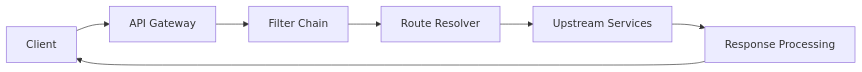
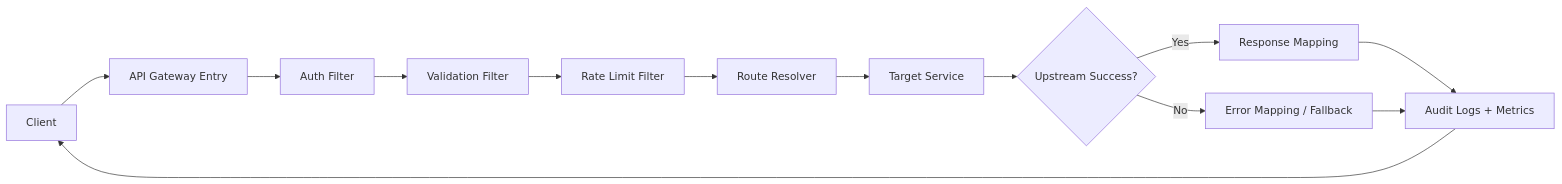
Before and after one commit to DiacencoDumitru/api-gateway-from-scratch: the diagram in README.md, drawn with Mermaid.

Commit message:
docs: strengthen architecture flowchart in readme

````diff
--- a/README.md
+++ b/README.md
@@ -22,9 +22,15 @@
 ```mermaid
 flowchart LR
-    Client["Client"] --> Gateway["API Gateway"]
-    Gateway --> Filters["Filter Chain"]
-    Filters --> RouteResolver["Route Resolver"]
-    RouteResolver --> Upstream["Upstream Services"]
-    Upstream --> ResponseFlow["Response Processing"]
-    ResponseFlow --> Client
+    Client["Client"] --> Gateway["API Gateway Entry"]
+    Gateway --> Auth["Auth Filter"]
+    Auth --> Validation["Validation Filter"]
+    Validation --> RateLimit["Rate Limit Filter"]
+    RateLimit --> RouteResolver["Route Resolver"]
+    RouteResolver --> Upstream["Target Service"]
+    Upstream --> Status{"Upstream Success?"}
+    Status -->|Yes| ResponseMap["Response Mapping"]
+    Status -->|No| Fallback["Error Mapping / Fallback"]
+    ResponseMap --> Logs["Audit Logs + Metrics"]
+    Fallback --> Logs
+    Logs --> Client
 ```
````
